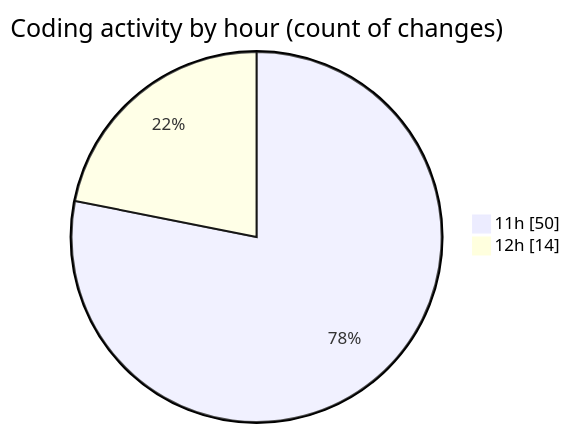
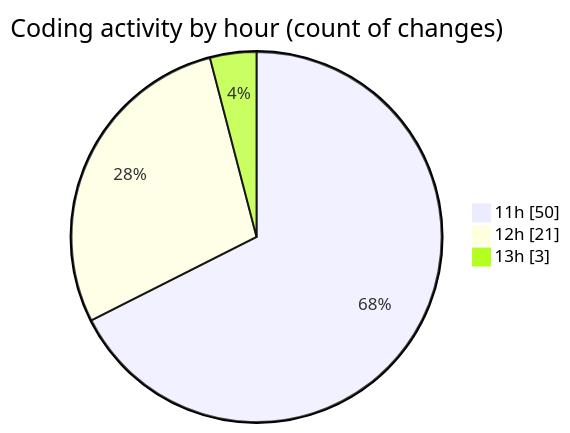
One commit to tmsrecording-cyber/code-tracking changed the second of 2 diagrams in 2026-02-06/singularitybrainai/README.md. Above: the diagram before and after it, drawn with Mermaid. The commit also changed other lines of this file and 1 other file, not shown here.

````diff
--- a/2026-02-06/singularitybrainai/README.md
+++ b/2026-02-06/singularitybrainai/README.md
@@ -35,6 +36,7 @@
 ```mermaid
 pie showData
 title Coding activity by hour (count of changes)
 "11h" : 50
-"12h" : 14
+"12h" : 21
+"13h" : 3
 ```
````
